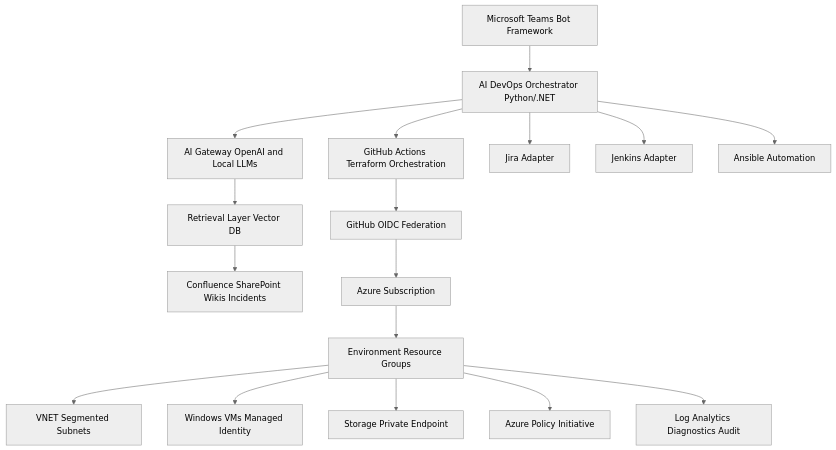
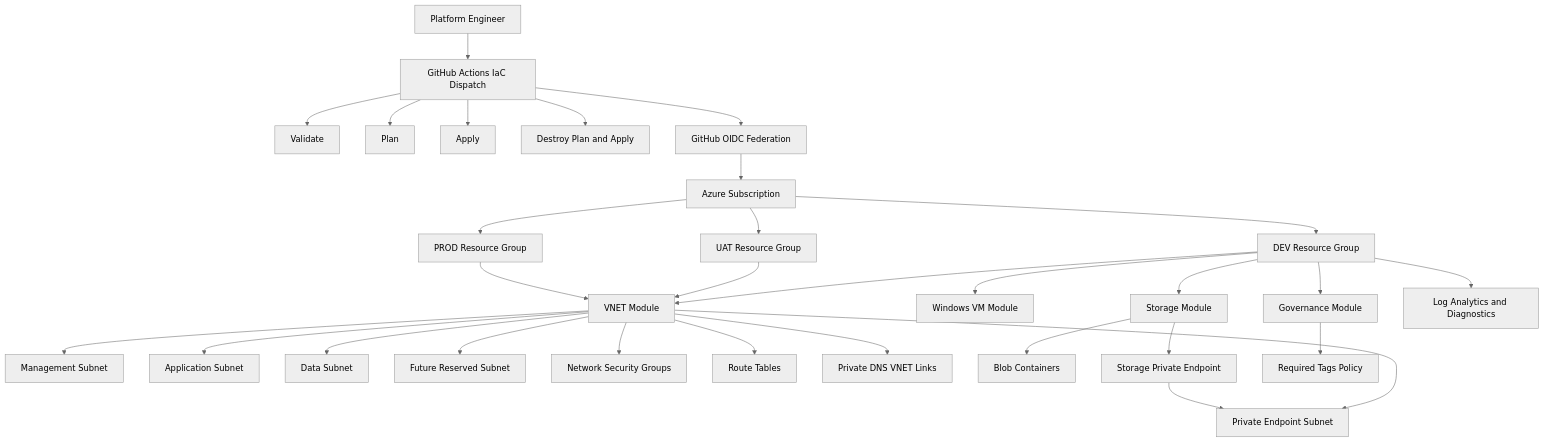
Before and after one commit to sathishkst82/Opella-Az-Demo: the diagram in terraform-azure-platform/docs/architecture.mmd, drawn with Mermaid (neutral theme). The commit also changed 1 other file, not shown here.

Commit message:
Align architecture docs with implemented platform

```diff
--- a/terraform-azure-platform/docs/architecture.mmd
+++ b/terraform-azure-platform/docs/architecture.mmd
@@ -1,17 +1,36 @@
 flowchart TB
-  teams[Microsoft Teams Bot Framework] --> orch[AI DevOps Orchestrator Python/.NET]
-  orch --> gateway[AI Gateway OpenAI and Local LLMs]
-  gateway --> rag[Retrieval Layer Vector DB]
-  rag --> knowledge[Confluence SharePoint Wikis Incidents]
-  orch --> cicd[GitHub Actions Terraform Orchestration]
-  orch --> jira[Jira Adapter]
-  orch --> jenkins[Jenkins Adapter]
-  orch --> ansible[Ansible Automation]
-  cicd --> oidc[GitHub OIDC Federation]
+  user[Platform Engineer] --> dispatch[GitHub Actions IaC Dispatch]
+  dispatch --> validate[Validate]
+  dispatch --> plan[Plan]
+  dispatch --> apply[Apply]
+  dispatch --> destroy[Destroy Plan and Apply]
+
+  dispatch --> oidc[GitHub OIDC Federation]
   oidc --> azure[Azure Subscription]
-  azure --> rg[Environment Resource Groups]
-  rg --> vnet[VNET Segmented Subnets]
-  rg --> vm[Windows VMs Managed Identity]
-  rg --> storage[Storage Private Endpoint]
-  rg --> policy[Azure Policy Initiative]
-  rg --> monitor[Log Analytics Diagnostics Audit]
+
+  azure --> dev[DEV Resource Group]
+  azure --> uat[UAT Resource Group]
+  azure --> prod[PROD Resource Group]
+
+  dev --> vnet[VNET Module]
+  uat --> vnet
+  prod --> vnet
+
+  vnet --> mgmt[Management Subnet]
+  vnet --> app[Application Subnet]
+  vnet --> data[Data Subnet]
+  vnet --> pe[Private Endpoint Subnet]
+  vnet --> reserved[Future Reserved Subnet]
+  vnet --> nsg[Network Security Groups]
+  vnet --> routes[Route Tables]
+  vnet --> dnslink[Private DNS VNET Links]
+
+  dev --> vm[Windows VM Module]
+  dev --> storage[Storage Module]
+  dev --> policy[Governance Module]
+  dev --> monitor[Log Analytics and Diagnostics]
+
+  storage --> blob[Blob Containers]
+  storage --> privateEndpoint[Storage Private Endpoint]
+  privateEndpoint --> pe
+  policy --> tags[Required Tags Policy]
```
